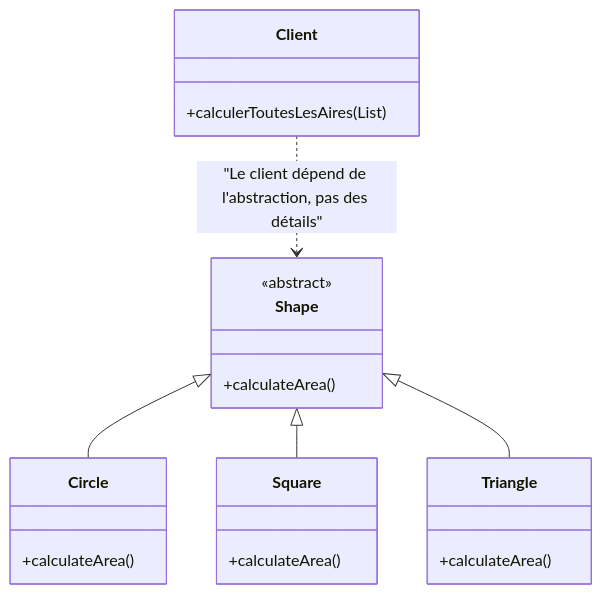
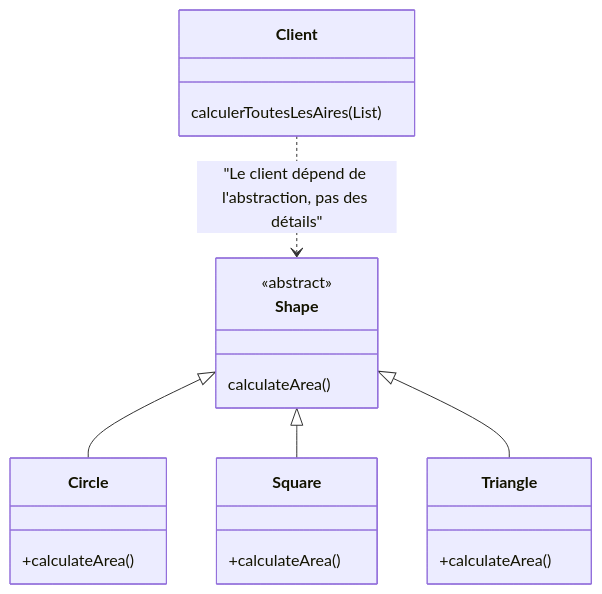
One commit to Mohammedazri/-DevoTeam---Training-POO----Design-Pattern changed the second of 5 diagrams in README.md. Above: the diagram before and after it, drawn with Mermaid. The commit also changed other lines of this file, not shown here.

````diff
--- a/README.md
+++ b/README.md
@@ -59,20 +60,20 @@
 ```mermaid
 classDiagram
     direction TD
     class Shape{
       <<abstract>>
-      +calculateArea()
+      calculateArea()
     }
     class Circle{ +calculateArea() }
     class Square{ +calculateArea() }
     class Triangle{ +calculateArea() }
 
     Shape <|-- Circle
     Shape <|-- Square
     Shape <|-- Triangle
 
     class Client{
-        +calculerToutesLesAires(List<Shape>)
+        calculerToutesLesAires(List<Shape>)
     }
     Client ..> Shape : "Le client dépend de l'abstraction, pas des détails"
 ```
````
